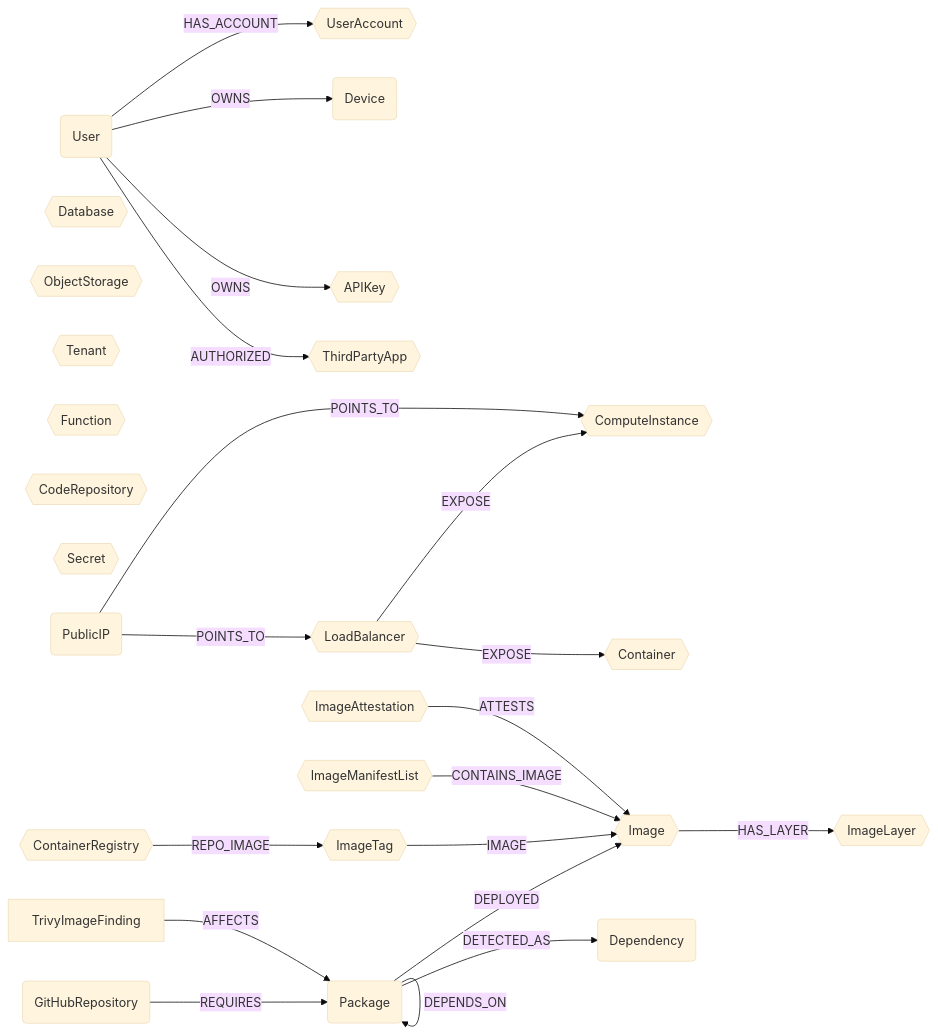
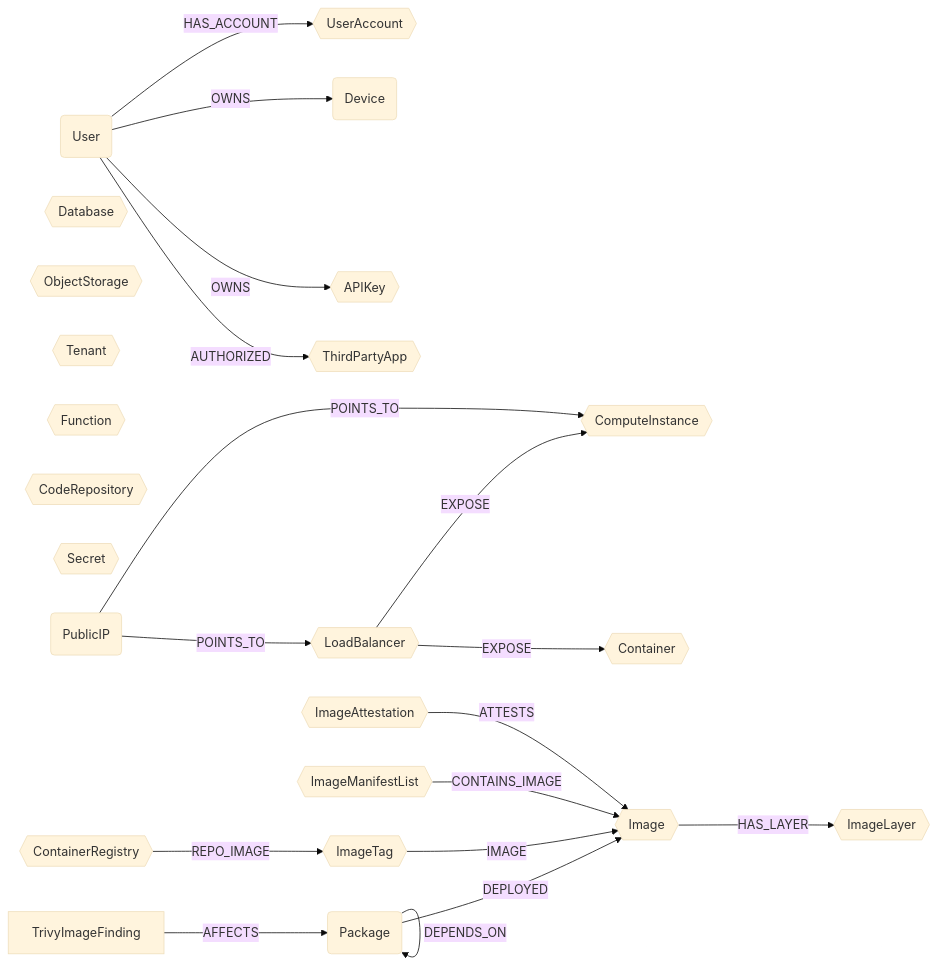
One commit to cartography-cncf/cartography changed the diagram in docs/root/modules/ontology/schema.md. Above: the diagram before and after it, drawn with Mermaid (base theme). The commit also changed other lines of this file and 2 other files, not shown here.

````diff
--- a/docs/root/modules/ontology/schema.md
+++ b/docs/root/modules/ontology/schema.md
@@ -6,28 +6,26 @@
 ```mermaid
 graph LR
 
 U(User) -- HAS_ACCOUNT --> UA{{UserAccount}}
 U -- OWNS --> CC(Device)
 U -- OWNS --> AK{{APIKey}}
 U -- AUTHORIZED --> OA{{ThirdPartyApp}}
 LB{{LoadBalancer}} -- EXPOSE --> CI{{ComputeInstance}}
 LB{{LoadBalancer}} -- EXPOSE --> CT{{Container}}
 DB{{Database}}
 OS{{ObjectStorage}}
 TN{{Tenant}}
 FN{{Function}}
 REPO{{CodeRepository}}
 SC{{Secret}}
 PIP(PublicIP) -- POINTS_TO --> LB
 PIP -- POINTS_TO --> CI
 PKG(Package) -- DEPLOYED --> IM{{Image}}
 PKG -- DEPENDS_ON --> PKG
-PKG -- DETECTED_AS --> DEP(Dependency)
-R(GitHubRepository) -- REQUIRES --> PKG
 F[TrivyImageFinding] -- AFFECTS --> PKG
 CR{{ContainerRegistry}} -- REPO_IMAGE --> IT{{ImageTag}}
 IT -- IMAGE --> IM
 IML{{ImageManifestList}} -- CONTAINS_IMAGE --> IM
 IA{{ImageAttestation}} -- ATTESTS --> IM
 IM -- HAS_LAYER --> IL{{ImageLayer}}
 ```
````
